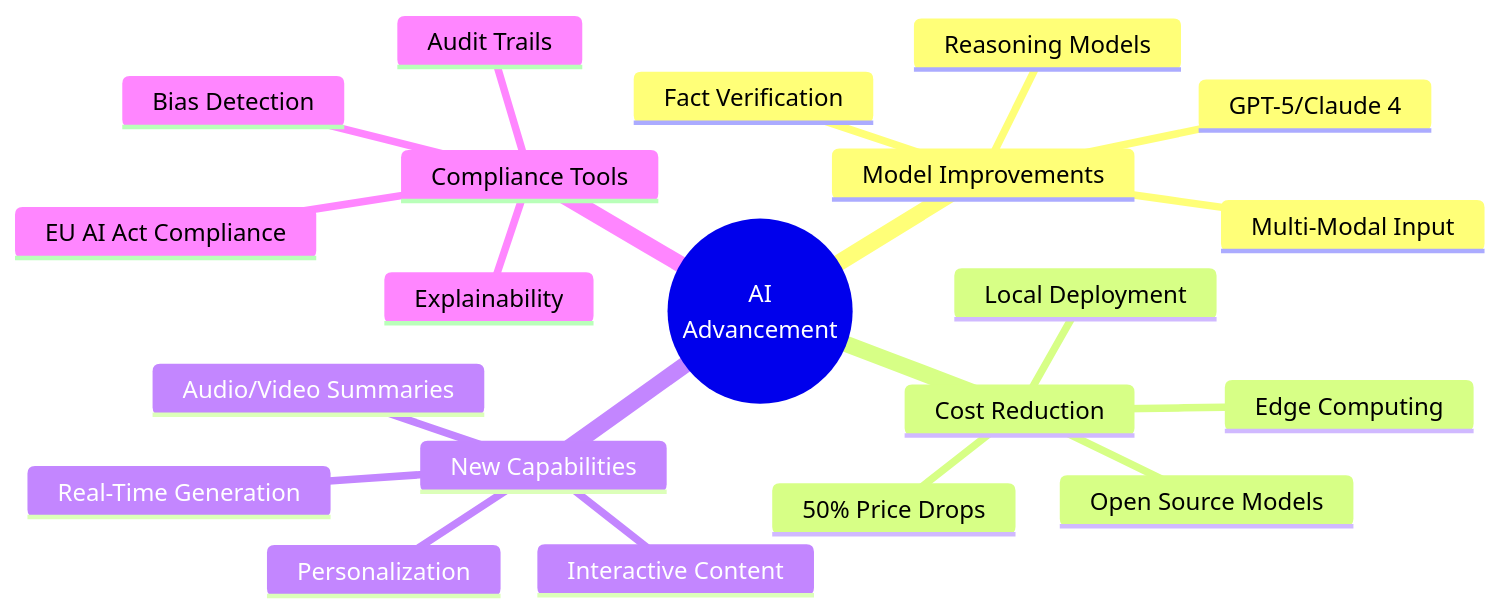
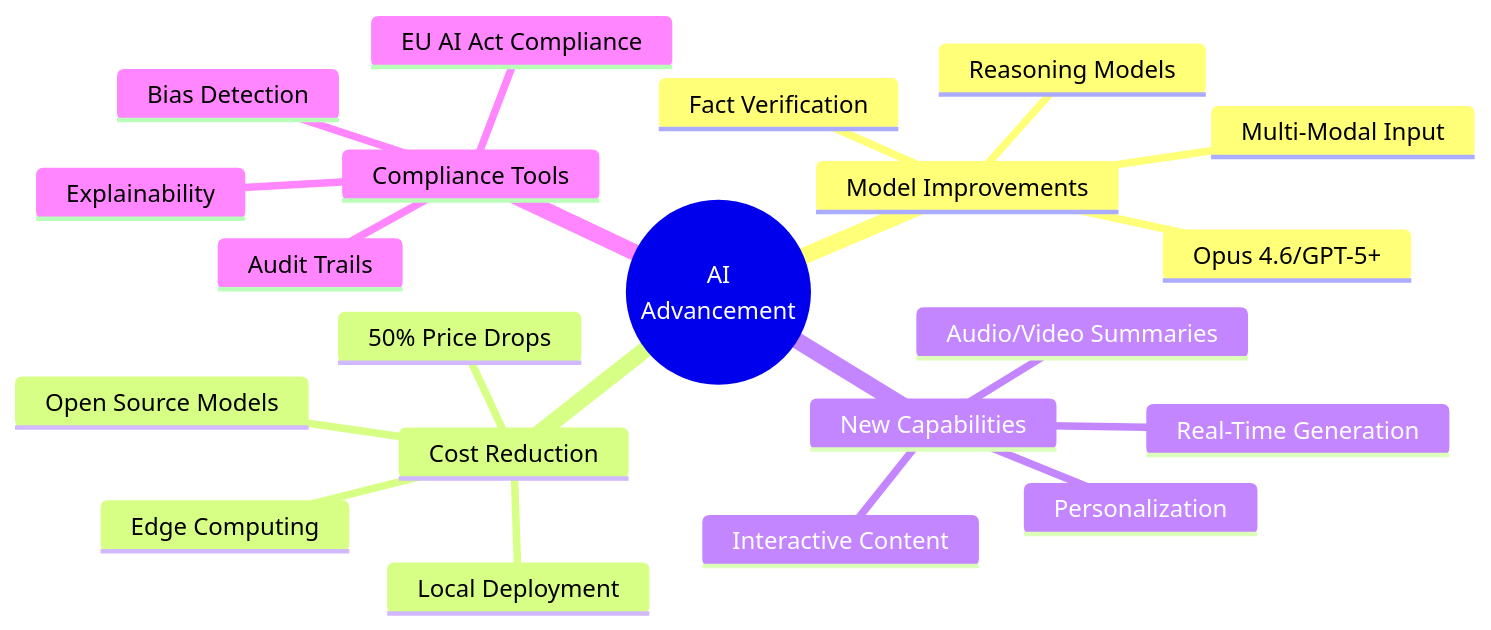
One commit to Hack23/euparliamentmonitor changed the fourth of 6 diagrams in SWOT.md. Above: the diagram before and after it, drawn with Mermaid. The commit also changed other lines of this file and 3 other files, not shown here.

````diff
--- a/SWOT.md
+++ b/SWOT.md
@@ -649,24 +649,24 @@
 ```mermaid
 mindmap
   root((AI<br/>Advancement))
     Model Improvements
-      GPT-5/Claude 4
+      Opus 4.6/GPT-5+
       Reasoning Models
       Multi-Modal Input
       Fact Verification
     Cost Reduction
       50% Price Drops
       Open Source Models
       Local Deployment
       Edge Computing
     New Capabilities
       Real-Time Generation
       Interactive Content
       Personalization
       Audio/Video Summaries
     Compliance Tools
       EU AI Act Compliance
       Bias Detection
       Explainability
       Audit Trails
 ```
````
